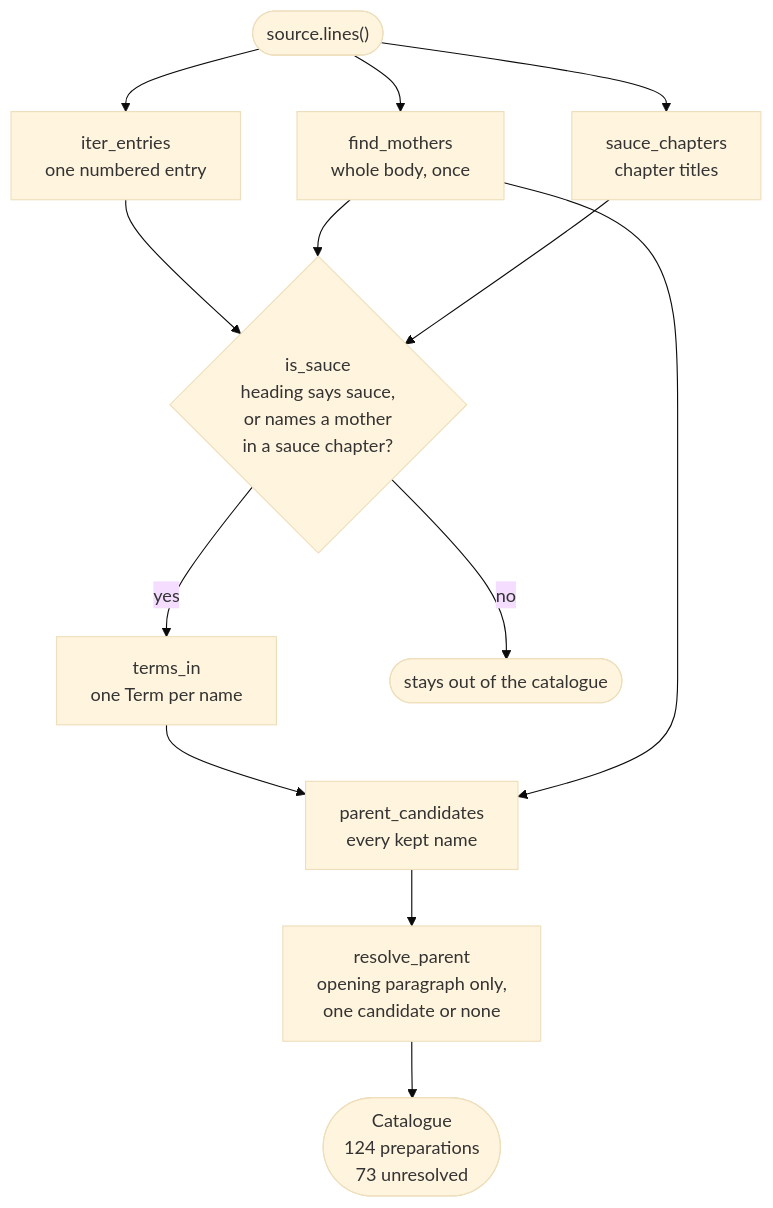
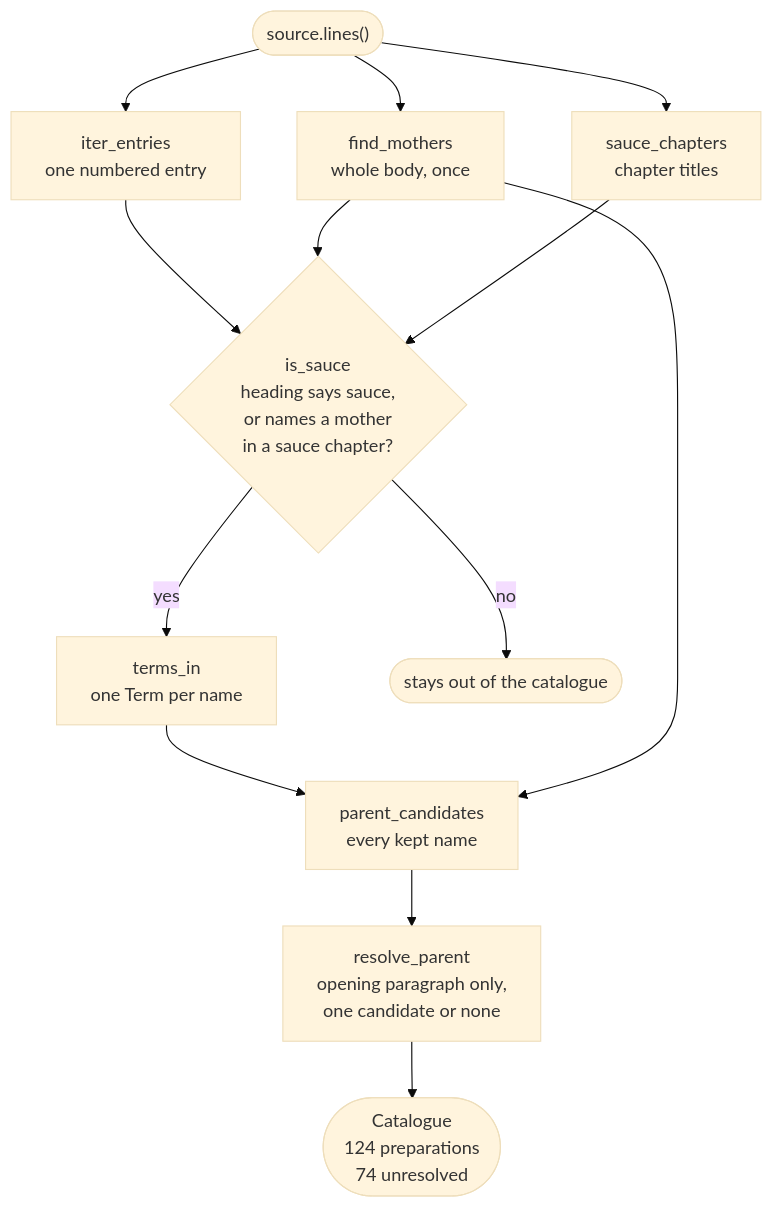
The diagram in docs/reference/data-model.md (Alberto-Codes/saucier), drawn with Mermaid (base theme) before and after one commit. The commit also changed other lines of this file and 15 other files, not shown here.

````diff
--- a/docs/reference/data-model.md
+++ b/docs/reference/data-model.md
@@ -12,34 +12,34 @@
 ```mermaid
 flowchart TD
     accTitle: How one source becomes a catalogue
     accDescr {
         The source reader yields lines, and three steps read them.
         find_mothers scans the whole body once and returns the concepts the
         source calls basic sauces. sauce_chapters reads the chapter titles and
         returns the line spans of the chapters the source titles as sauces.
         iter_entries walks the same lines and yields one numbered entry at a
         time. is_sauce tests each entry heading, keeps it when the heading
         itself says sauce, and otherwise keeps it only when the heading names a
         mother inside a sauce chapter. A rejected entry stays out of the
         catalogue. terms_in splits a kept heading into one language-tagged Term
         per alternative name. parent_candidates collects every name of every
         kept preparation, plus the mothers. resolve_parent reads the opening
         paragraph only, and sets the parent to the single candidate that
         paragraph states, or to None when it states none or states more than
         one. A cycle of stated parents is cleared. The result is a
-        Catalogue of 124 preparations, 51 resolved and 73 unresolved.
+        Catalogue of 124 preparations, 50 resolved and 74 unresolved.
     }
 
     lines(["source.lines()"]) --> entries["iter_entries<br/>one numbered entry"]
     entries --> sauce{"is_sauce<br/>heading says sauce,<br/>or names a mother<br/>in a sauce chapter?"}
     sauce -->|yes| terms["terms_in<br/>one Term per name"]
     terms --> names["parent_candidates<br/>every kept name"]
     names --> parent["resolve_parent<br/>opening paragraph only,<br/>one candidate or none"]
-    parent --> cat(["Catalogue<br/>124 preparations<br/>73 unresolved"])
+    parent --> cat(["Catalogue<br/>124 preparations<br/>74 unresolved"])
     sauce -->|no| drop(["stays out of the catalogue"])
     lines --> mothers["find_mothers<br/>whole body, once"]
     lines --> chapters["sauce_chapters<br/>chapter titles"]
     mothers --> sauce
     chapters --> sauce
     mothers --> names
 ```
````
